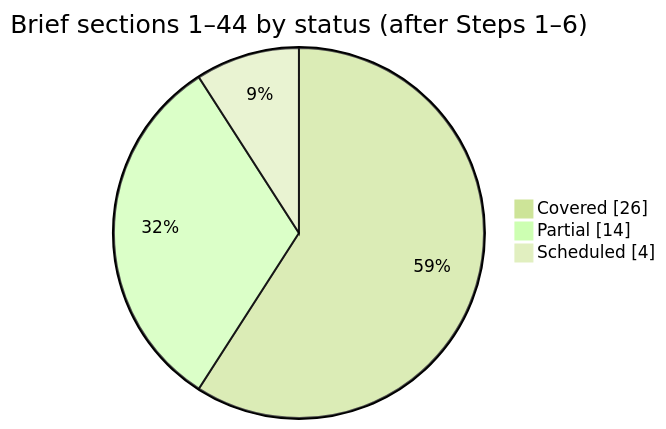
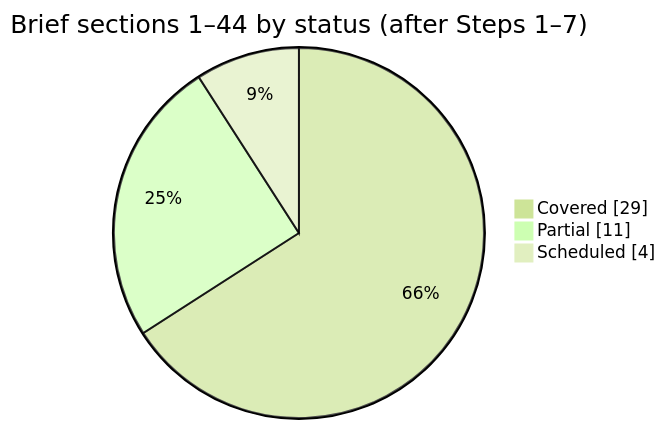
Before and after one commit to adityayadav30561-rgb/MASTER-ERP: the diagram in docs/tracking/COVERAGE-MATRIX.md, drawn with Mermaid (forest theme). The commit also changed other lines of this file and 29 other files, not shown here.

````diff
--- a/docs/tracking/COVERAGE-MATRIX.md
+++ b/docs/tracking/COVERAGE-MATRIX.md
@@ -14,7 +14,7 @@
 ```mermaid
 pie showData
-    title Brief sections 1–44 by status (after Steps 1–6)
-    "Covered" : 26
-    "Partial" : 14
+    title Brief sections 1–44 by status (after Steps 1–7)
+    "Covered" : 29
+    "Partial" : 11
     "Scheduled" : 4
 ```
````
